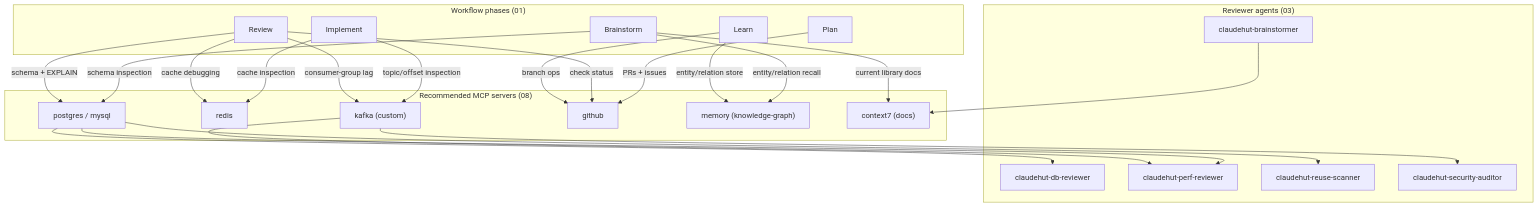
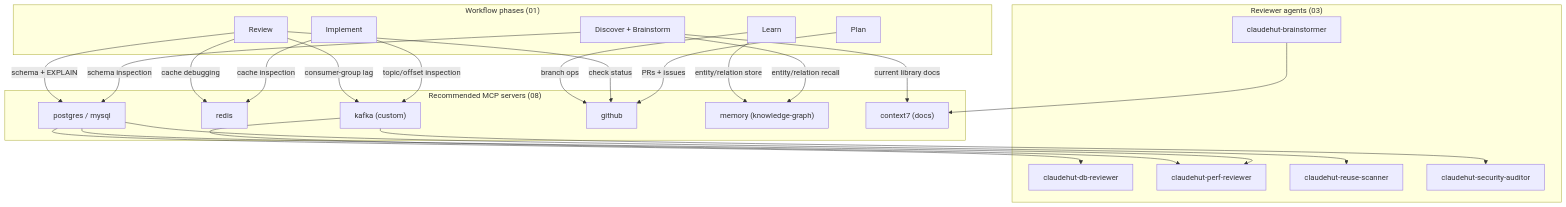
Before and after one commit to taipt1504/claudehut: the diagram in .claude/docs/design/08-mcp-integration.md, drawn with Mermaid. The commit also changed other lines of this file and 32 other files, not shown here.

````diff
--- a/.claude/docs/design/08-mcp-integration.md
+++ b/.claude/docs/design/08-mcp-integration.md
@@ -32,51 +32,51 @@
 ```mermaid
 flowchart TB
     subgraph PHASES["Workflow phases (01)"]
-        EX["Brainstorm"]
+        EX["Discover + Brainstorm"]
         PL["Plan"]
         IM["Implement"]
         VE["Review"]
         LN["Learn"]
     end
 
     subgraph SERVERS["Recommended MCP servers (08)"]
         PG["postgres / mysql"]
         RD["redis"]
         KF["kafka (custom)"]
         GH["github"]
         MEM["memory (knowledge-graph)"]
         CTX["context7 (docs)"]
     end
 
     subgraph AGENTS["Reviewer agents (03)"]
         DBR["claudehut-db-reviewer"]
         PR["claudehut-perf-reviewer"]
         RS["claudehut-reuse-scanner"]
         SA["claudehut-security-auditor"]
         BR["claudehut-brainstormer"]
     end
 
     EX -->|schema inspection| PG
     VE -->|schema + EXPLAIN| PG
     PG --> DBR
     PG --> PR
     PG --> RS
 
     IM -->|cache inspection| RD
     VE -->|cache debugging| RD
 
     IM -->|topic/offset inspection| KF
     VE -->|consumer-group lag| KF
     KF --> PR
     KF --> SA
 
     PL -->|PRs + issues| GH
     VE -->|check status| GH
     LN -->|branch ops| GH
 
     EX -->|entity/relation recall| MEM
     LN -->|entity/relation store| MEM
 
     EX -->|current library docs| CTX
     BR --> CTX
 ```
````
